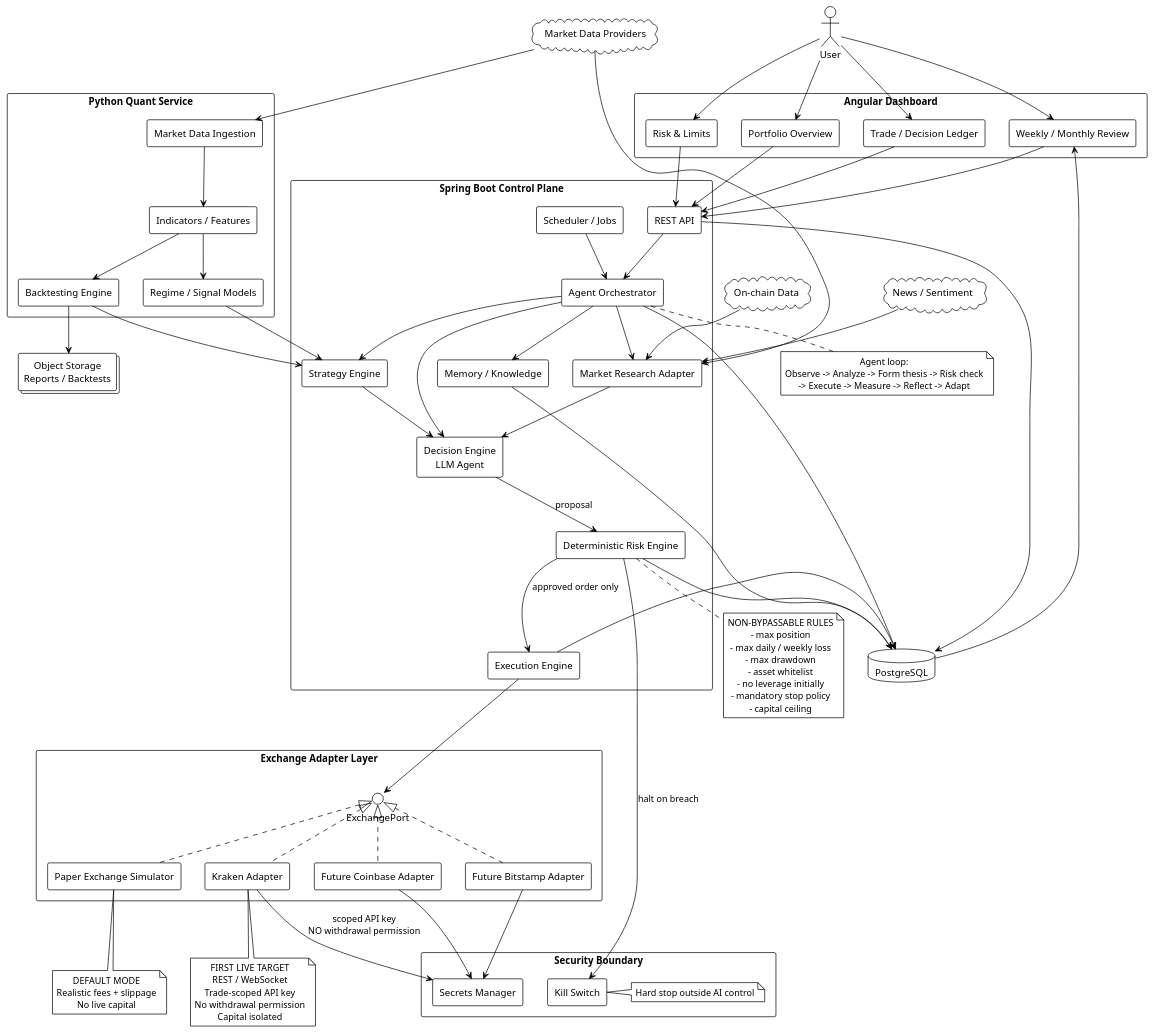
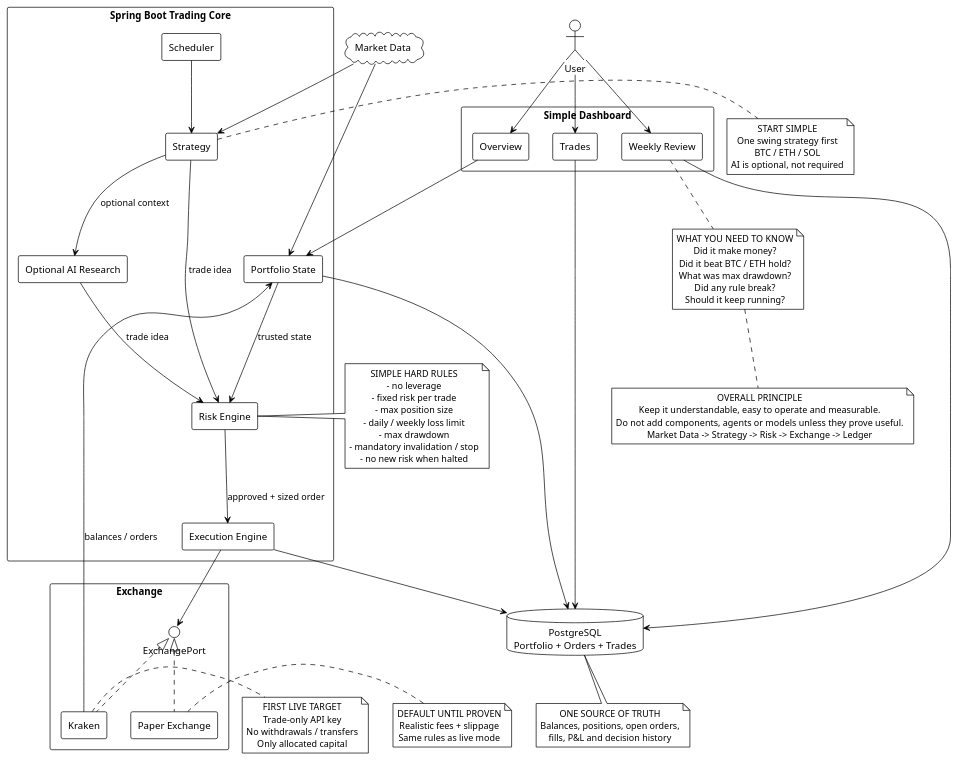
Before and after one commit to Elipkm/sari-cool-mirror: the diagram in docs/architecture.puml, drawn with PlantUML.

Commit message:
Simplify architecture around practical trading core

```diff
--- a/docs/architecture.puml
+++ b/docs/architecture.puml
@@ -1,140 +1,109 @@
 @startuml
 !theme plain
 skinparam shadowing false
 skinparam packageStyle rectangle
 skinparam componentStyle rectangle
 skinparam defaultTextAlignment center
 
 actor User
 
-package "Angular Dashboard" {
-  [Portfolio Overview] as Dashboard
-  [Trade / Decision Ledger] as LedgerUI
-  [Risk & Limits] as RiskUI
-  [Weekly / Monthly Review] as ReviewUI
+package "Simple Dashboard" {
+  [Overview] as Overview
+  [Trades] as TradesUI
+  [Weekly Review] as Review
 }
 
-package "Spring Boot Control Plane" {
-  [REST API] as API
-  [Agent Orchestrator] as Orchestrator
-  [Market Research Adapter] as Research
-  [Decision Engine\nLLM Agent] as Decision
-  [Strategy Engine] as Strategy
-  [Deterministic Risk Engine] as Risk
+package "Spring Boot Trading Core" {
+  [Scheduler] as Scheduler
+  [Strategy] as Strategy
+  [Optional AI Research] as AI
+  [Risk Engine] as Risk
   [Execution Engine] as Execution
-  [Memory / Knowledge] as Memory
-  [Scheduler / Jobs] as Scheduler
+  [Portfolio State] as Portfolio
 }
 
-package "Python Quant Service" {
-  [Market Data Ingestion] as Ingest
-  [Indicators / Features] as Indicators
-  [Backtesting Engine] as Backtest
-  [Regime / Signal Models] as Models
+database "PostgreSQL\nPortfolio + Orders + Trades" as DB
+cloud "Market Data" as Market
+
+package "Exchange" {
+  interface ExchangePort
+  [Paper Exchange] as Paper
+  [Kraken] as Kraken
 }
 
-database "PostgreSQL" as DB
-collections "Object Storage\nReports / Backtests" as Storage
+User --> Overview
+User --> TradesUI
+User --> Review
+Overview --> Portfolio
+TradesUI --> DB
+Review --> DB
 
-cloud "Market Data Providers" as MarketData
-cloud "News / Sentiment" as News
-cloud "On-chain Data" as Onchain
-
-package "Exchange Adapter Layer" {
-  interface ExchangePort
-  [Paper Exchange Simulator] as Paper
-  [Kraken Adapter] as Kraken
-  [Future Coinbase Adapter] as Coinbase
-  [Future Bitstamp Adapter] as Bitstamp
-}
-
-package "Security Boundary" {
-  [Secrets Manager] as Secrets
-  [Kill Switch] as Kill
-  note right of Kill
-    Hard stop outside AI control
-  end note
-}
-
-User --> Dashboard
-User --> LedgerUI
-User --> RiskUI
-User --> ReviewUI
-
-Dashboard --> API
-LedgerUI --> API
-RiskUI --> API
-ReviewUI --> API
-
-API --> Orchestrator
-Scheduler --> Orchestrator
-Orchestrator --> Research
-Orchestrator --> Decision
-Orchestrator --> Strategy
-Orchestrator --> Memory
-Research --> Decision
-Strategy --> Decision
-Decision --> Risk : proposal
-Risk --> Execution : approved order only
-Risk --> Kill : halt on breach
+Scheduler --> Strategy
+Market --> Strategy
+Market --> Portfolio
+Strategy --> AI : optional context
+AI --> Risk : trade idea
+Strategy --> Risk : trade idea
+Portfolio --> Risk : trusted state
+Risk --> Execution : approved + sized order
 Execution --> ExchangePort
-
 ExchangePort <|.. Paper
 ExchangePort <|.. Kraken
-ExchangePort <|.. Coinbase
-ExchangePort <|.. Bitstamp
+Execution --> DB
+Portfolio --> DB
+Kraken --> Portfolio : balances / orders
 
-Kraken --> Secrets : scoped API key\nNO withdrawal permission
-Coinbase --> Secrets
-Bitstamp --> Secrets
-
-MarketData --> Research
-News --> Research
-Onchain --> Research
-MarketData --> Ingest
-Ingest --> Indicators
-Indicators --> Backtest
-Indicators --> Models
-Models --> Strategy
-Backtest --> Strategy
-
-API --> DB
-Orchestrator --> DB
-Risk --> DB
-Execution --> DB
-Memory --> DB
-Backtest --> Storage
-DB --> ReviewUI
-
-note bottom of Risk
-NON-BYPASSABLE RULES
-- max position
-- max daily / weekly loss
-- max drawdown
-- asset whitelist
-- no leverage initially
-- mandatory stop policy
-- capital ceiling
+note right of Strategy
+START SIMPLE
+One swing strategy first
+BTC / ETH / SOL
+AI is optional, not required
 end note
 
-note bottom of Paper
-DEFAULT MODE
-Realistic fees + slippage
-No live capital
+note right of Risk
+SIMPLE HARD RULES
+- no leverage
+- fixed risk per trade
+- max position size
+- daily / weekly loss limit
+- max drawdown
+- mandatory invalidation / stop
+- no new risk when halted
 end note
 
-note bottom of Kraken
-FIRST LIVE TARGET
-REST / WebSocket
-Trade-scoped API key
-No withdrawal permission
-Capital isolated
+note right of Paper
+DEFAULT UNTIL PROVEN
+Realistic fees + slippage
+Same rules as live mode
 end note
 
-note bottom of Orchestrator
-Agent loop:
-Observe -> Analyze -> Form thesis -> Risk check
--> Execute -> Measure -> Reflect -> Adapt
+note right of Kraken
+FIRST LIVE TARGET
+Trade-only API key
+No withdrawals / transfers
+Only allocated capital
+end note
+
+note bottom of DB
+ONE SOURCE OF TRUTH
+Balances, positions, open orders,
+fills, P&L and decision history
+end note
+
+note bottom of Review
+WHAT YOU NEED TO KNOW
+Did it make money?
+Did it beat BTC / ETH hold?
+What was max drawdown?
+Did any rule break?
+Should it keep running?
+end note
+
+note bottom
+OVERALL PRINCIPLE
+Keep it understandable, easy to operate and measurable.
+Do not add components, agents or models unless they prove useful.
+Market Data -> Strategy -> Risk -> Exchange -> Ledger
 end note
 
 @enduml
```
